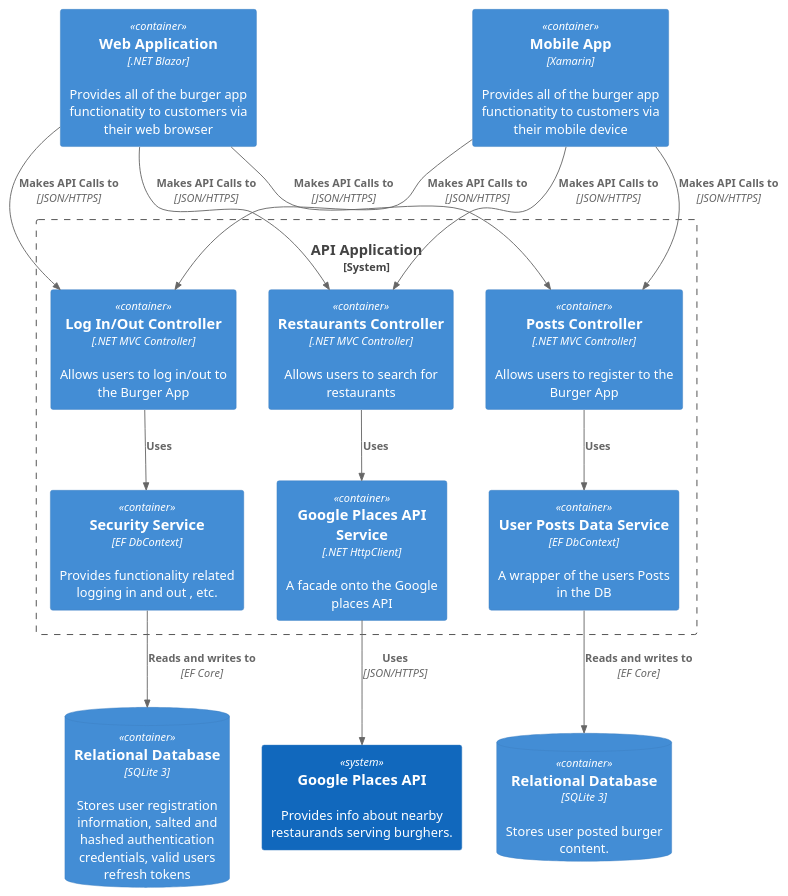
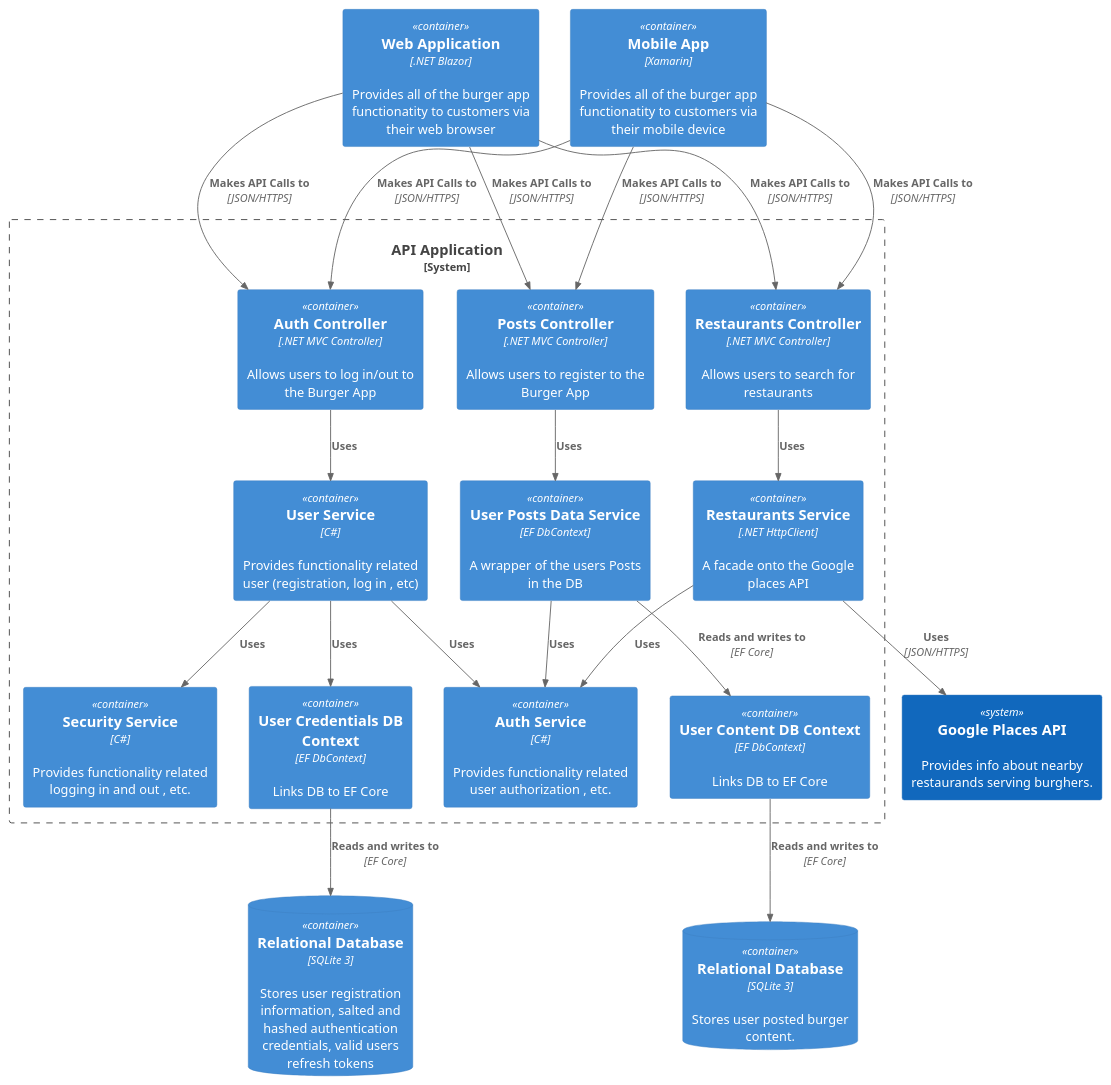
The diagram in c4/src/component.puml (DanielRailean/BurgerStudyCase), drawn with PlantUML before and after one commit. The commit also changed 37 other files, not shown here.

```diff
--- a/c4/src/component.puml
+++ b/c4/src/component.puml
@@ -1,38 +1,51 @@
 @startuml
 !include https://raw.githubusercontent.com/kirchsth/C4-PlantUML/extended/C4_Container.puml
 
 
 Container(burgerApp, "Web Application", ".NET Blazor","Provides all of the burger app functionatity to customers via their web browser")
 Container(burgerMobile, "Mobile App", "Xamarin","Provides all of the burger app functionatity to customers via their mobile device")
 
 System_Boundary(c1, "API Application"){
-    Container(loginController, "Log In/Out Controller", ".NET MVC Controller","Allows users to log in/out to the Burger App")
+    Container(loginController, "Auth Controller", ".NET MVC Controller","Allows users to log in/out to the Burger App")
     Container(restaurantsController, "Restaurants Controller", ".NET MVC Controller","Allows users to search for restaurants")
     Container(postsController, "Posts Controller", ".NET MVC Controller","Allows users to register to the Burger App")
 
-    Container(googleAPIService, "Google Places API Service", ".NET HttpClient","A facade onto the Google places API")
+    Container(googleAPIService, "Restaurants Service", ".NET HttpClient","A facade onto the Google places API")
     Container(postsDataService, "User Posts Data Service", "EF DbContext","A wrapper of the users Posts in the DB")
-    Container(securityService, "Security Service", "EF DbContext","Provides functionality related logging in and out , etc.")
+    Container(userService, "User Service", "C#","Provides functionality related user (registration, log in , etc)")
+
+    Container(userDbContext, "User Credentials DB Context", "EF DbContext","Links DB to EF Core")
+    Container(userContentDbContext, "User Content DB Context", "EF DbContext","Links DB to EF Core")
+    Container(securityService, "Security Service", "C#","Provides functionality related logging in and out , etc.")
+    Container(authService, "Auth Service", "C#","Provides functionality related user authorization , etc.")
 }
 
 
 ContainerDb(burgerDB, "Relational Database", "SQLite 3", "Stores user registration information, salted and hashed authentication credentials, valid users refresh tokens")
 ContainerDb(userContentDB, "Relational Database", "SQLite 3", "Stores user posted burger content.")
 
 System(googleAPI,"Google Places API", "Provides info about nearby restaurands serving burghers." )
 
 Rel(burgerApp, loginController, "Makes API Calls to","JSON/HTTPS")
 Rel(burgerMobile, loginController, "Makes API Calls to","JSON/HTTPS")
 Rel(burgerApp, restaurantsController, "Makes API Calls to","JSON/HTTPS")
 Rel(burgerMobile, restaurantsController, "Makes API Calls to","JSON/HTTPS")
 Rel(burgerApp, postsController, "Makes API Calls to","JSON/HTTPS")
 Rel(burgerMobile, postsController, "Makes API Calls to","JSON/HTTPS")
 
 Rel(restaurantsController,googleAPIService,"Uses")
 Rel(postsController,postsDataService,"Uses")
-Rel(loginController,securityService,"Uses")
+Rel(loginController,userService,"Uses")
+Rel(userService,securityService,"Uses")
+Rel(userService,userDbContext,"Uses")
+
+Rel(userService,authService,"Uses")
+Rel(postsDataService,authService,"Uses")
+Rel(googleAPIService,authService,"Uses")
 
 Rel(googleAPIService,googleAPI,"Uses","JSON/HTTPS")
-Rel(postsDataService,userContentDB,"Reads and writes to ","EF Core")
-Rel(securityService,burgerDB,"Reads and writes to ","EF Core")
+Rel(postsDataService,userContentDbContext,"Reads and writes to ","EF Core")
+
+Rel(userDbContext,burgerDB,"Reads and writes to ","EF Core")
+Rel(userContentDbContext,userContentDB,"Reads and writes to ","EF Core")
 @enduml
```
